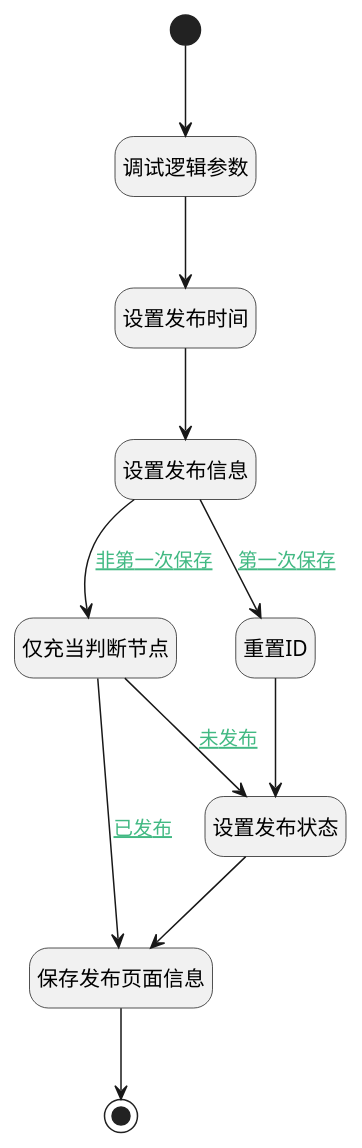
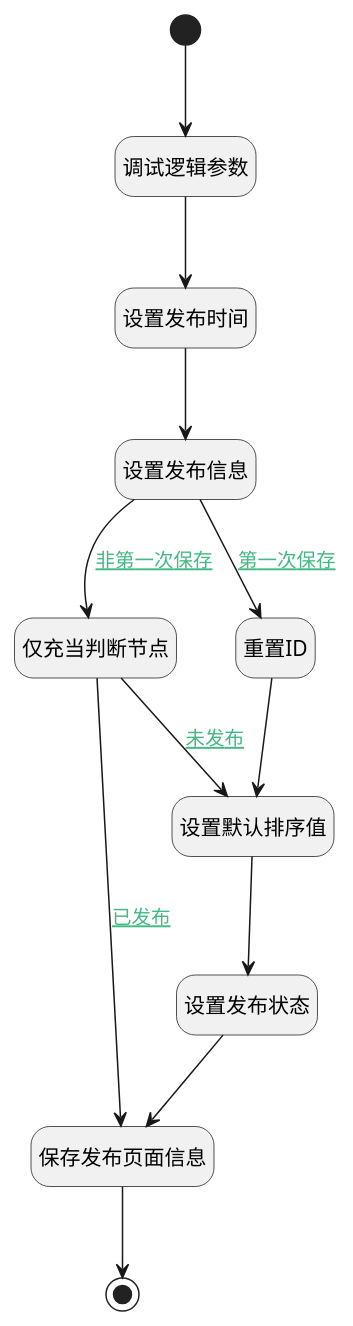
The diagram in doc/docsify/module/Wiki/article_page/logic/publish_page.md (iBizLab/plm), drawn with PlantUML before and after one commit. The commit also changed other lines of this file and 4084 other files, not shown here.

````diff
--- a/doc/docsify/module/Wiki/article_page/logic/publish_page.md
+++ b/doc/docsify/module/Wiki/article_page/logic/publish_page.md
@@ -7,35 +7,37 @@
 ```plantuml
 @startuml
 hide empty description
 <style>
 root {
   HyperlinkColor #42b983
 }
 </style>
 
 hide empty description
 state "开始" as Begin <<start>> [[$./publish_page#begin {"开始"}]]
 state "调试逻辑参数" as DEBUGPARAM1  [[$./publish_page#debugparam1 {"调试逻辑参数"}]]
 state "设置发布信息" as PREPAREPARAM1  [[$./publish_page#prepareparam1 {"设置发布信息"}]]
 state "仅充当判断节点" as PREPAREPARAM5  [[$./publish_page#prepareparam5 {"仅充当判断节点"}]]
 state "设置发布时间" as RAWSFCODE1  [[$./publish_page#rawsfcode1 {"设置发布时间"}]]
 state "重置ID" as PREPAREPARAM4  [[$./publish_page#prepareparam4 {"重置ID"}]]
+state "设置默认排序值" as RAWSFCODE_01  [[$./publish_page#rawsfcode_01 {"设置默认排序值"}]]
 state "设置发布状态" as PREPAREPARAM2  [[$./publish_page#prepareparam2 {"设置发布状态"}]]
 state "保存发布页面信息" as DEACTION2  [[$./publish_page#deaction2 {"保存发布页面信息"}]]
 state "结束" as END2 <<end>> [[$./publish_page#end2 {"结束"}]]
 
 
 Begin --> DEBUGPARAM1
 DEBUGPARAM1 --> RAWSFCODE1
 RAWSFCODE1 --> PREPAREPARAM1
 PREPAREPARAM1 --> PREPAREPARAM4 : [[$./publish_page#prepareparam1-prepareparam4{第一次保存} 第一次保存]]
-PREPAREPARAM4 --> PREPAREPARAM2
+PREPAREPARAM4 --> RAWSFCODE_01
+RAWSFCODE_01 --> PREPAREPARAM2
 PREPAREPARAM2 --> DEACTION2
 DEACTION2 --> END2
 PREPAREPARAM1 --> PREPAREPARAM5 : [[$./publish_page#prepareparam1-prepareparam5{非第一次保存} 非第一次保存]]
 PREPAREPARAM5 --> DEACTION2 : [[$./publish_page#prepareparam5-deaction2{已发布} 已发布]]
-PREPAREPARAM5 --> PREPAREPARAM2 : [[$./publish_page#prepareparam5-prepareparam2{未发布} 未发布]]
+PREPAREPARAM5 --> RAWSFCODE_01 : [[$./publish_page#prepareparam5-rawsfcode_01{未发布} 未发布]]
 
 
 @enduml
 ```
````
